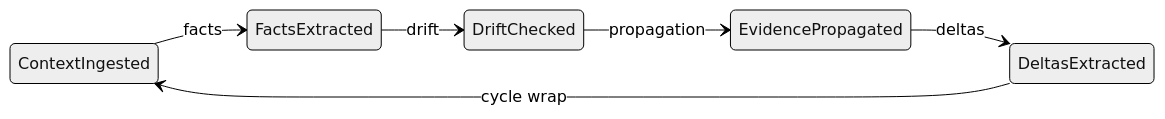
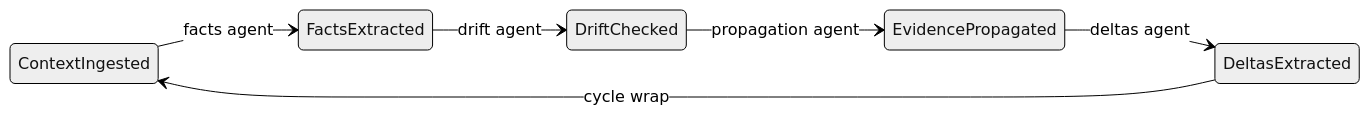
The diagram in README.md (DealExMachina/open-governed-swarm-of-agents), drawn with Mermaid (neutral theme) before and after one commit. The commit also changed other lines of this file and 4 other files, not shown here.

````diff
--- a/README.md
+++ b/README.md
@@ -69,9 +98,9 @@
 ```mermaid
 stateDiagram-v2
   direction LR
-  ContextIngested --> FactsExtracted: facts
-  FactsExtracted --> DriftChecked: drift
-  DriftChecked --> EvidencePropagated: propagation
-  EvidencePropagated --> DeltasExtracted: deltas
+  ContextIngested --> FactsExtracted: facts agent
+  FactsExtracted --> DriftChecked: drift agent
+  DriftChecked --> EvidencePropagated: propagation agent
+  EvidencePropagated --> DeltasExtracted: deltas agent
   DeltasExtracted --> ContextIngested: cycle wrap
 ```
````
